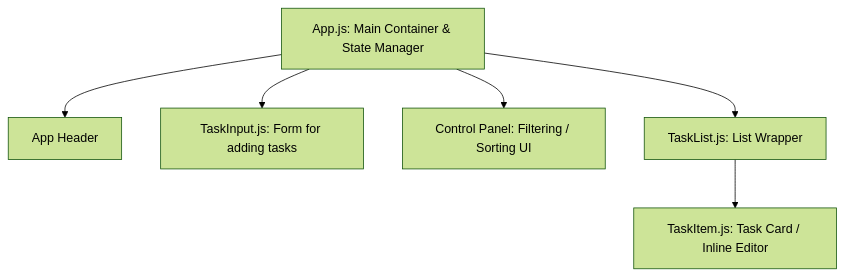
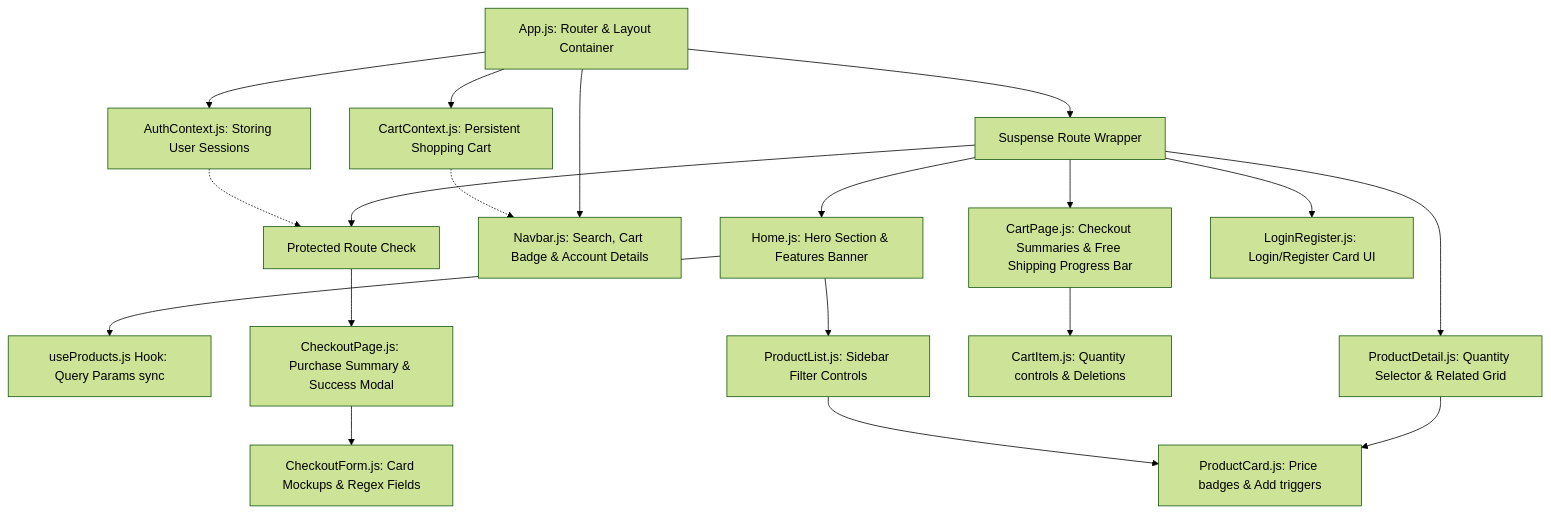
The diagram in README.md (jayakrishna3020/Task-Manager), drawn with Mermaid (forest theme) before and after one commit. The commit also changed other lines of this file and 34 other files, not shown here.

Commit message:
feat: build full e-commerce application with product catalog, cart, auth simulation, and checkout validation

````diff
--- a/README.md
+++ b/README.md
@@ -108,8 +33,28 @@
 ```mermaid
 graph TD
-  App[App.js: Main Container & State Manager] --> Header[App Header]
-  App --> TaskInput[TaskInput.js: Form for adding tasks]
-  App --> ControlPanel[Control Panel: Filtering / Sorting UI]
-  App --> TaskList[TaskList.js: List Wrapper]
-  TaskList --> TaskItem[TaskItem.js: Task Card / Inline Editor]
+  App[App.js: Router & Layout Container] --> AuthProvider[AuthContext.js: Storing User Sessions]
+  App --> CartProvider[CartContext.js: Persistent Shopping Cart]
+  
+  AuthProvider -.-> ProtectedRoute[Protected Route Check]
+  CartProvider -.-> Nav[Navbar.js: Search, Cart Badge & Account Details]
+  
+  App --> Nav
+  App --> Suspense[Suspense Route Wrapper]
+  
+  Suspense --> Home[Home.js: Hero Section & Features Banner]
+  Home --> useProducts[useProducts.js Hook: Query Params sync]
+  Home --> ProductList[ProductList.js: Sidebar Filter Controls]
+  ProductList --> ProductCard[ProductCard.js: Price badges & Add triggers]
+  
+  Suspense --> ProductDetail[ProductDetail.js: Quantity Selector & Related Grid]
+  ProductDetail --> ProductCard
+  
+  Suspense --> CartPage[CartPage.js: Checkout Summaries & Free Shipping Progress Bar]
+  CartPage --> CartItem[CartItem.js: Quantity controls & Deletions]
+  
+  Suspense --> LoginRegister[LoginRegister.js: Login/Register Card UI]
+  
+  Suspense --> ProtectedRoute
+  ProtectedRoute --> CheckoutPage[CheckoutPage.js: Purchase Summary & Success Modal]
+  CheckoutPage --> CheckoutForm[CheckoutForm.js: Card Mockups & Regex Fields]
 ```
````
